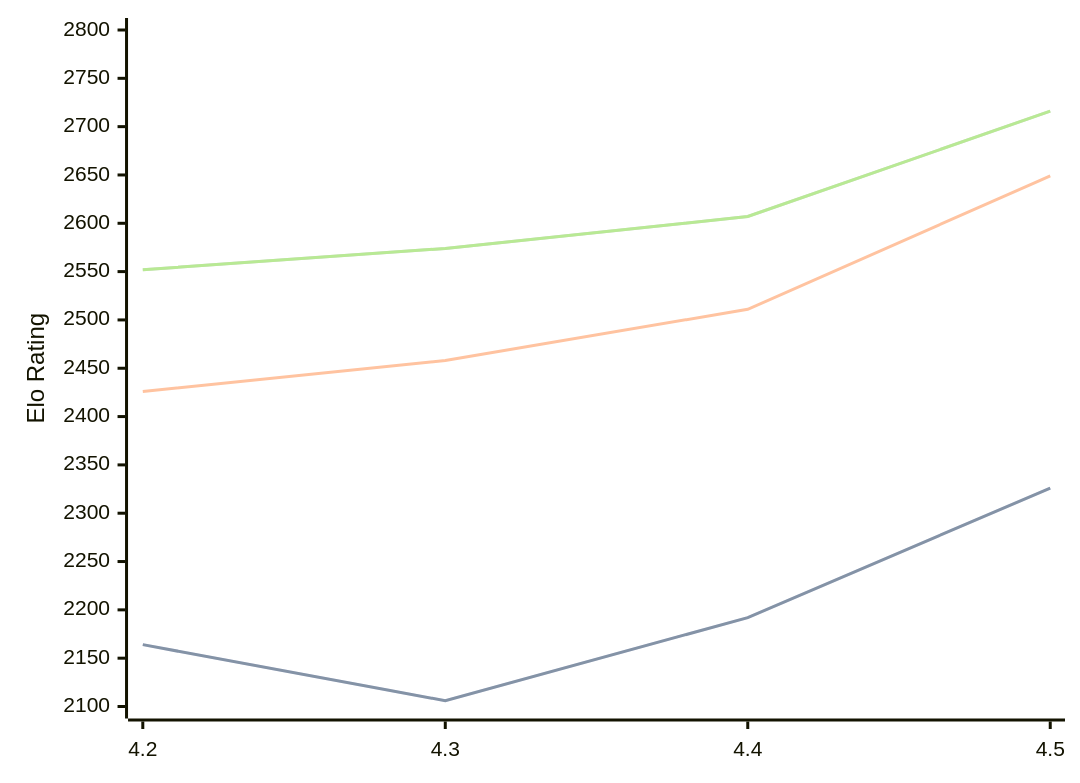
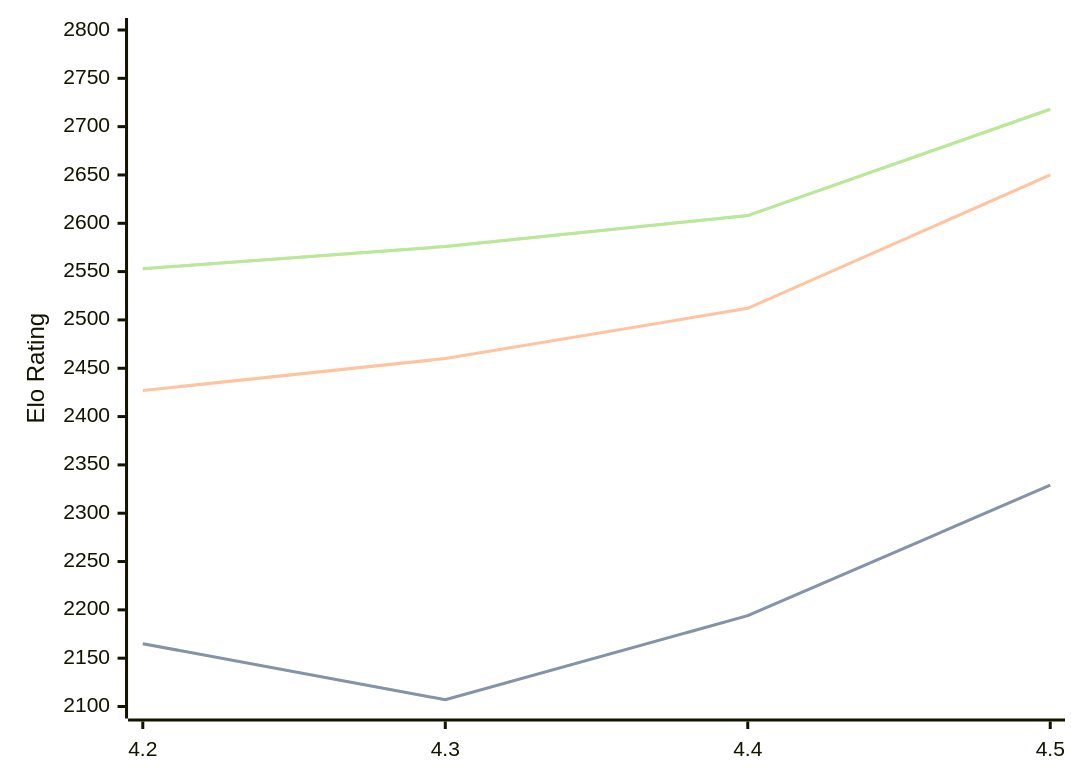
The diagram in engines/Eubos.md (computer-chess-index/cci), drawn with Mermaid before and after one commit. The commit also changed other lines of this file, not shown here.

Commit message:
Update CCI Ratings (ELO VLTC) - 2026-10-09

````diff
--- a/engines/Eubos.md
+++ b/engines/Eubos.md
@@ -34,11 +34,11 @@
 ```mermaid
 %%{init: {"theme":"base","themeVariables":{"seriesColors:['#a3a3a3','#222221','#faa371']}}}%%
 xychart-beta
   x-axis ["4.2", "4.3", "4.4", "4.5"]
   y-axis "Elo Rating" 2100 --> 2800
-  line "" [2164, 2106, 2192, 2326]
-  line "STC (8.0+0.08s)" [2164, 2106, 2192, 2326]
-  line "LTC (60.0+0.60s)" [2426, 2458, 2511, 2649]
-  line "" [2552, 2574, 2607, 2716]
-  line "VLTC (2m24s+1.12s)" [2552, 2574, 2607, 2716]
+  line "" [2165, 2107, 2194, 2329]
+  line "STC (8.0+0.08s)" [2165, 2107, 2194, 2329]
+  line "LTC (60.0+0.60s)" [2427, 2460, 2512, 2650]
+  line "" [2553, 2576, 2608, 2718]
+  line "VLTC (2m24s+1.12s)" [2553, 2576, 2608, 2718]
 ```
````
